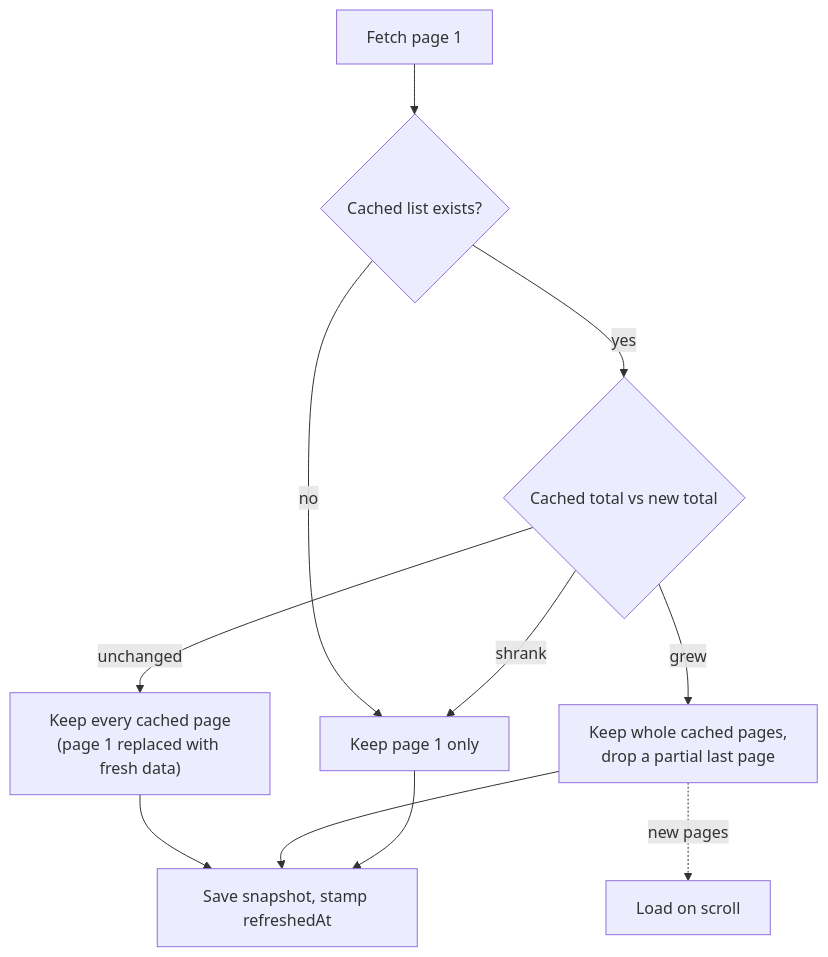
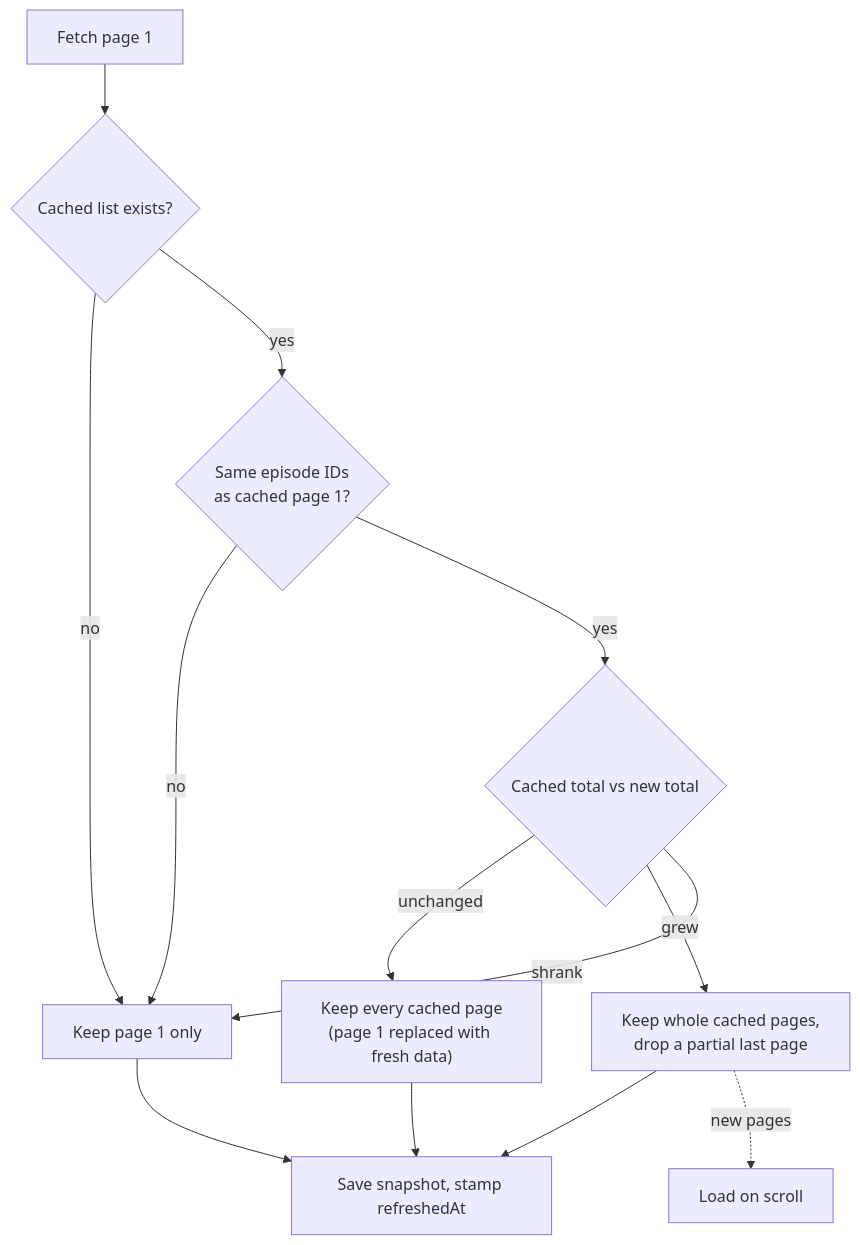
The second of 4 diagrams in docs/architecture.md (felixinjapan/rick-and-morty-episodes), drawn with Mermaid before and after one commit. The commit also changed other lines of this file and 5 other files, not shown here.

First line of the commit message:
fix: drop the cached pages after page 1 when page 1 has shifted

````diff
--- a/docs/architecture.md
+++ b/docs/architecture.md
@@ -54,13 +54,15 @@
 ```mermaid
 flowchart TD
     A[Fetch page 1] --> B{Cached list exists?}
     B -- no --> C[Keep page 1 only]
-    B -- yes --> D{Cached total vs new total}
+    B -- yes --> P{Same episode IDs<br/>as cached page 1?}
+    P -- no --> C
+    P -- yes --> D{Cached total vs new total}
     D -- unchanged --> E["Keep every cached page<br/>(page 1 replaced with fresh data)"]
     D -- grew --> F["Keep whole cached pages,<br/>drop a partial last page"]
     D -- shrank --> C
     E --> G[Save snapshot, stamp refreshedAt]
     F --> G
     C --> G
     F -. new pages .-> H[Load on scroll]
 ```
````
